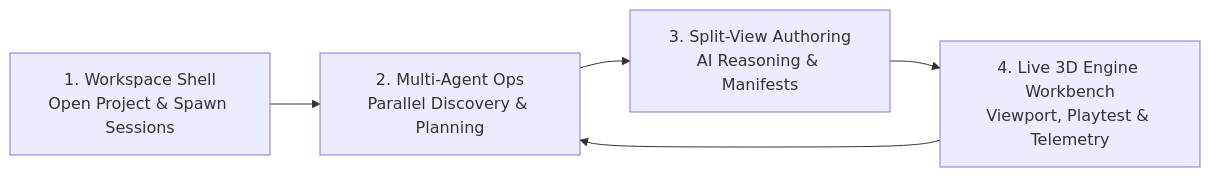
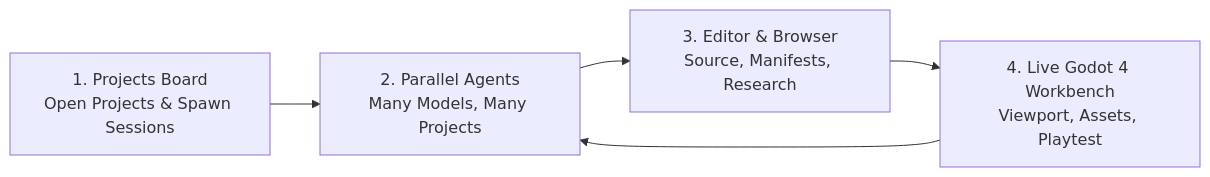
One commit to memegyanfactory-gif/BhippiADE changed the diagram in README.md. Above: the diagram before and after it, drawn with Mermaid. The commit also changed other lines of this file and 81 other files, not shown here.

````diff
--- a/README.md
+++ b/README.md
@@ -61,7 +61,7 @@
 ```mermaid
 flowchart LR
-    A["1. Workspace Shell<br/>Open Project & Spawn Sessions"] --> B["2. Multi-Agent Ops<br/>Parallel Discovery & Planning"]
-    B --> C["3. Split-View Authoring<br/>AI Reasoning & Manifests"]
-    C --> D["4. Live 3D Engine Workbench<br/>Viewport, Playtest & Telemetry"]
+    A["1. Projects Board<br/>Open Projects & Spawn Sessions"] --> B["2. Parallel Agents<br/>Many Models, Many Projects"]
+    B --> C["3. Editor &amp; Browser<br/>Source, Manifests, Research"]
+    C --> D["4. Live Godot 4 Workbench<br/>Viewport, Assets, Playtest"]
     D --> B
 ```
````
